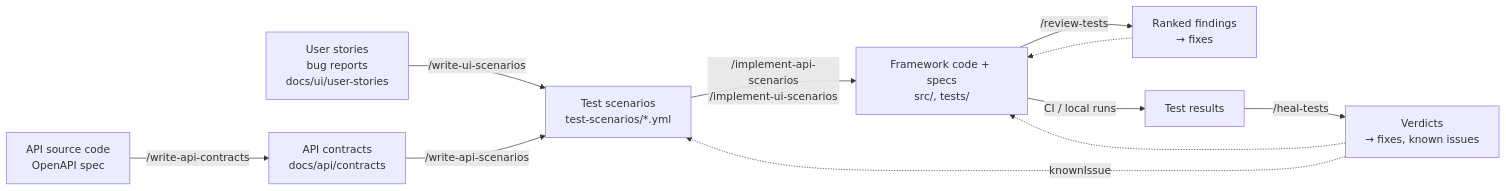
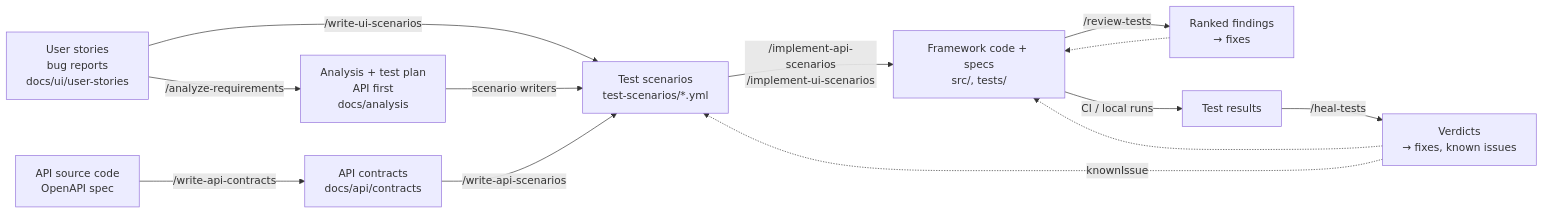
The diagram in docs/AI_WORKFLOW.md (Zaytsman/SimpRight), drawn with Mermaid before and after one commit. The commit also changed other lines of this file and 18 other files, not shown here.

First line of the commit message:
Add the requirements analyst: a test plan per story, API first

````diff
--- a/docs/AI_WORKFLOW.md
+++ b/docs/AI_WORKFLOW.md
@@ -13,13 +13,15 @@
 ```mermaid
 flowchart LR
     src[API source code<br/>OpenAPI spec] -->|/write-api-contracts| contracts[API contracts<br/>docs/api/contracts]
     stories[User stories<br/>bug reports<br/>docs/ui/user-stories] -->|/write-ui-scenarios| scenarios
+    stories -->|/analyze-requirements| analysis[Analysis + test plan<br/>API first<br/>docs/analysis]
+    analysis -->|scenario writers| scenarios
     contracts -->|/write-api-scenarios| scenarios[Test scenarios<br/>test-scenarios/*.yml]
     scenarios -->|/implement-api-scenarios<br/>/implement-ui-scenarios| specs[Framework code + specs<br/>src/, tests/]
     specs -->|/review-tests| review[Ranked findings<br/>→ fixes]
     specs -->|CI / local runs| runs[Test results]
     runs -->|/heal-tests| heal[Verdicts<br/>→ fixes, known issues]
     review -.-> specs
     heal -.-> specs
     heal -.->|knownIssue| scenarios
 ```
````
